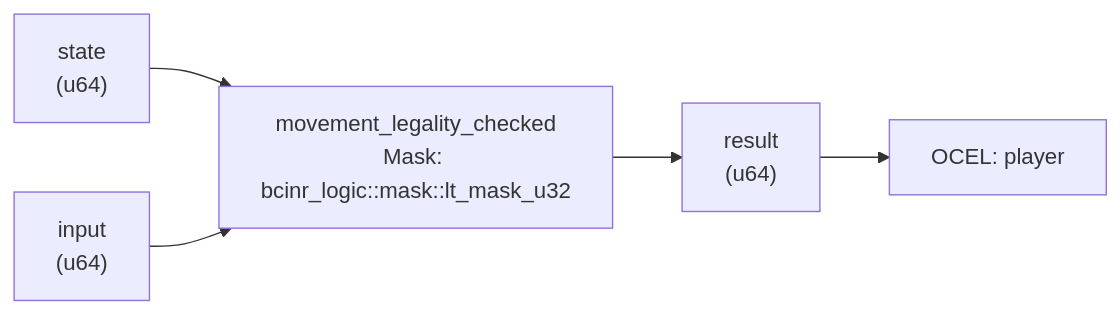
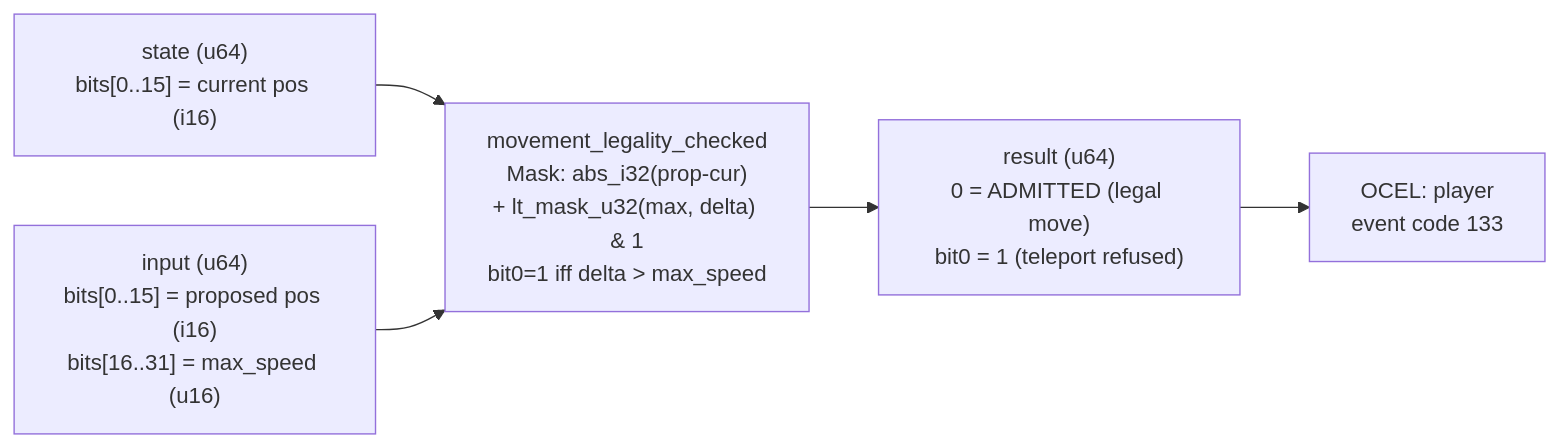
One commit to seanchatmangpt/bcinr changed the diagram in crates/wasm4games/docs/patterns/movement_legality_checked.md. Above: the diagram before and after it, drawn with Mermaid. The commit also changed other lines of this file and 9 other files, not shown here.

````diff
--- a/crates/wasm4games/docs/patterns/movement_legality_checked.md
+++ b/crates/wasm4games/docs/patterns/movement_legality_checked.md
@@ -56,12 +42,12 @@
 ```mermaid
 graph LR
-    state["state\n(u64)"]
-    input["input\n(u64)"]
-    kernel["movement_legality_checked\nMask: bcinr_logic::mask::lt_mask_u32"]
-    result["result\n(u64)"]
+    state["state (u64)\nbits[0..15] = current pos (i16)"]
+    input["input (u64)\nbits[0..15] = proposed pos (i16)\nbits[16..31] = max_speed (u16)"]
+    kernel["movement_legality_checked\nMask: abs_i32(prop-cur)\n+ lt_mask_u32(max, delta) & 1\nbit0=1 iff delta > max_speed"]
+    result["result (u64)\n0 = ADMITTED (legal move)\nbit0 = 1 (teleport refused)"]
     state --> kernel
     input --> kernel
     kernel --> result
-    ocel_0["OCEL: player"]
+    ocel_0["OCEL: player\nevent code 133"]
     result --> ocel_0
 ```
````
